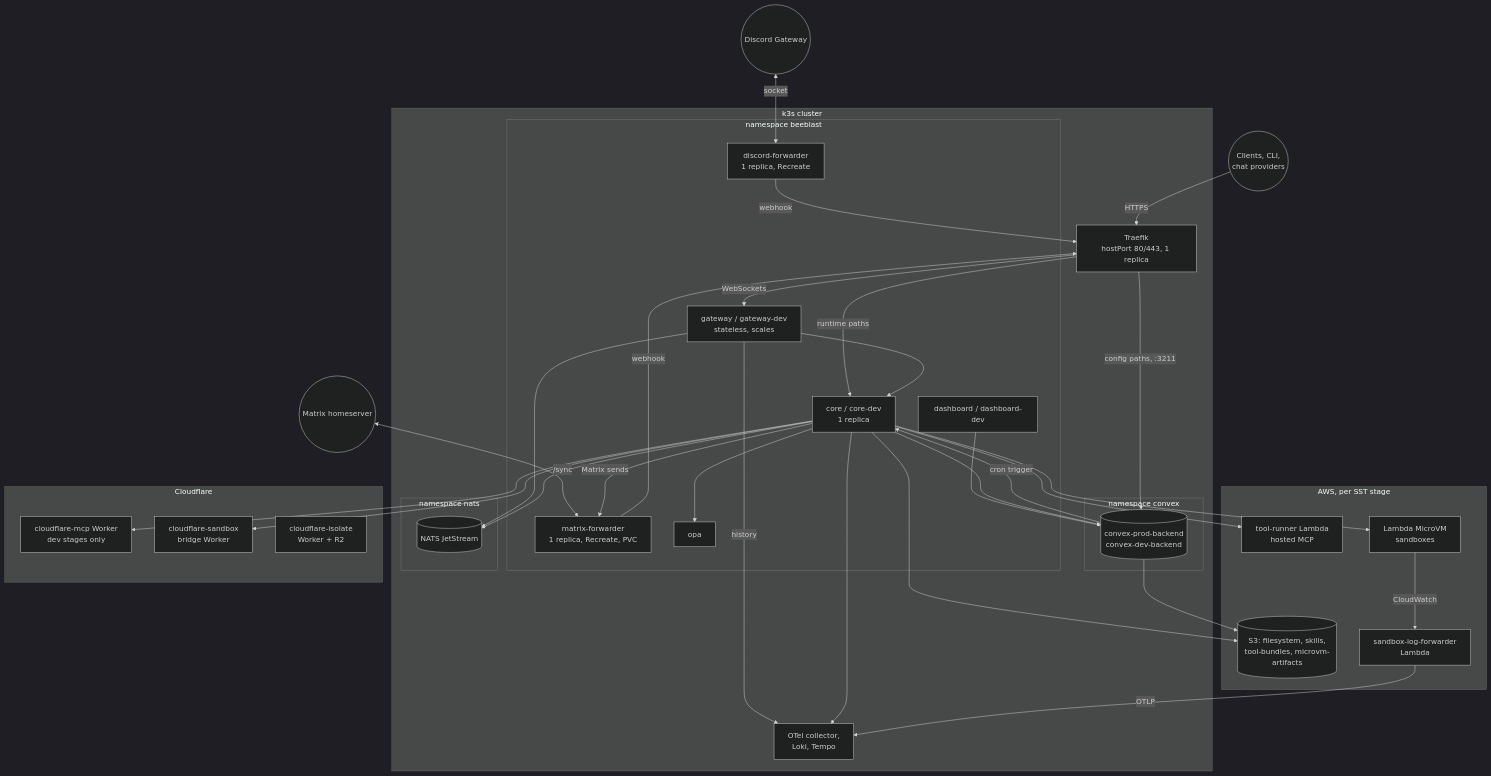
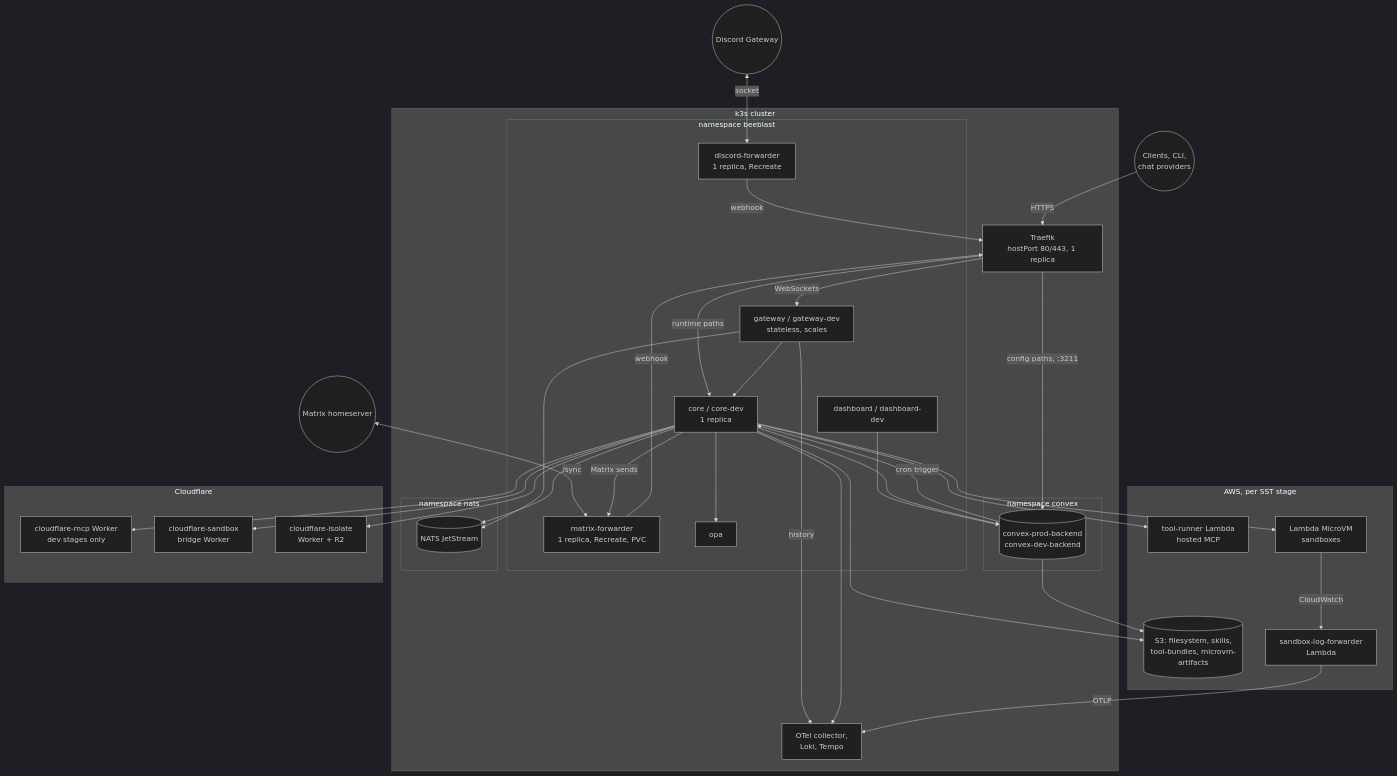
Before and after one commit to beeblastco/broods: the first of 8 diagrams in apps/docs/docs/internals/operations.md, drawn with Mermaid (dark theme). The commit also changed 9 other files, not shown here.

````diff
--- a/apps/docs/docs/internals/operations.md
+++ b/apps/docs/docs/internals/operations.md
@@ -9,65 +9,66 @@
 ```mermaid
 flowchart TB
   Users(("Clients, CLI,<br/>chat providers"))
   DiscordGW((Discord Gateway))
   Homeserver((Matrix homeserver))
 
   subgraph k3s["k3s cluster"]
     Traefik["Traefik<br/>hostPort 80/443, 1 replica"]
     subgraph beeblast["namespace beeblast"]
       Gateway["gateway / gateway-dev<br/>stateless, scales"]
       Core["core / core-dev<br/>1 replica"]
       Dashboard["dashboard / dashboard-dev"]
       DFwd["discord-forwarder<br/>1 replica, Recreate"]
       MFwd["matrix-forwarder<br/>1 replica, Recreate, PVC"]
       OPA["opa"]
     end
     subgraph convexns["namespace convex"]
       Convex[("convex-prod-backend<br/>convex-dev-backend")]
     end
     subgraph natsns["namespace nats"]
       NATS[("NATS JetStream")]
     end
     Obs["OTel collector,<br/>Loki, Tempo"]
   end
 
   subgraph AWS["AWS, per SST stage"]
     S3[("S3: filesystem, skills,<br/>tool-bundles, microvm-artifacts")]
     ToolRunner["tool-runner Lambda<br/>hosted MCP"]
     MicroVM["Lambda MicroVM<br/>sandboxes"]
     LogFwd["sandbox-log-forwarder<br/>Lambda"]
   end
 
   subgraph CF["Cloudflare"]
     McpWorker["cloudflare-mcp Worker<br/>dev stages only"]
     SbxWorker["cloudflare-sandbox<br/>bridge Worker"]
     IsoWorker["cloudflare-isolate<br/>Worker + R2"]
   end
 
   Users -->|HTTPS| Traefik
   Traefik -->|runtime paths| Core
   Traefik -->|"config paths, :3211"| Convex
   Traefik -->|WebSockets| Gateway
   Gateway --> Core
   Gateway --> NATS
   Gateway -->|history| Obs
   Dashboard --> Convex
   Core --> Convex
   Core --> NATS
   Core --> OPA
   Core --> Obs
   Convex -->|cron trigger| Core
   Core --> S3
   Core --> ToolRunner
   Core --> MicroVM
   Core --> McpWorker
   Core --> SbxWorker
+  Core --> IsoWorker
   Convex --> S3
   MicroVM -->|CloudWatch| LogFwd
   LogFwd -->|OTLP| Obs
   DiscordGW <-->|socket| DFwd
   Homeserver <-->|"/sync"| MFwd
   DFwd -->|webhook| Traefik
   MFwd -->|webhook| Traefik
   Core -->|Matrix sends| MFwd
 ```
````
